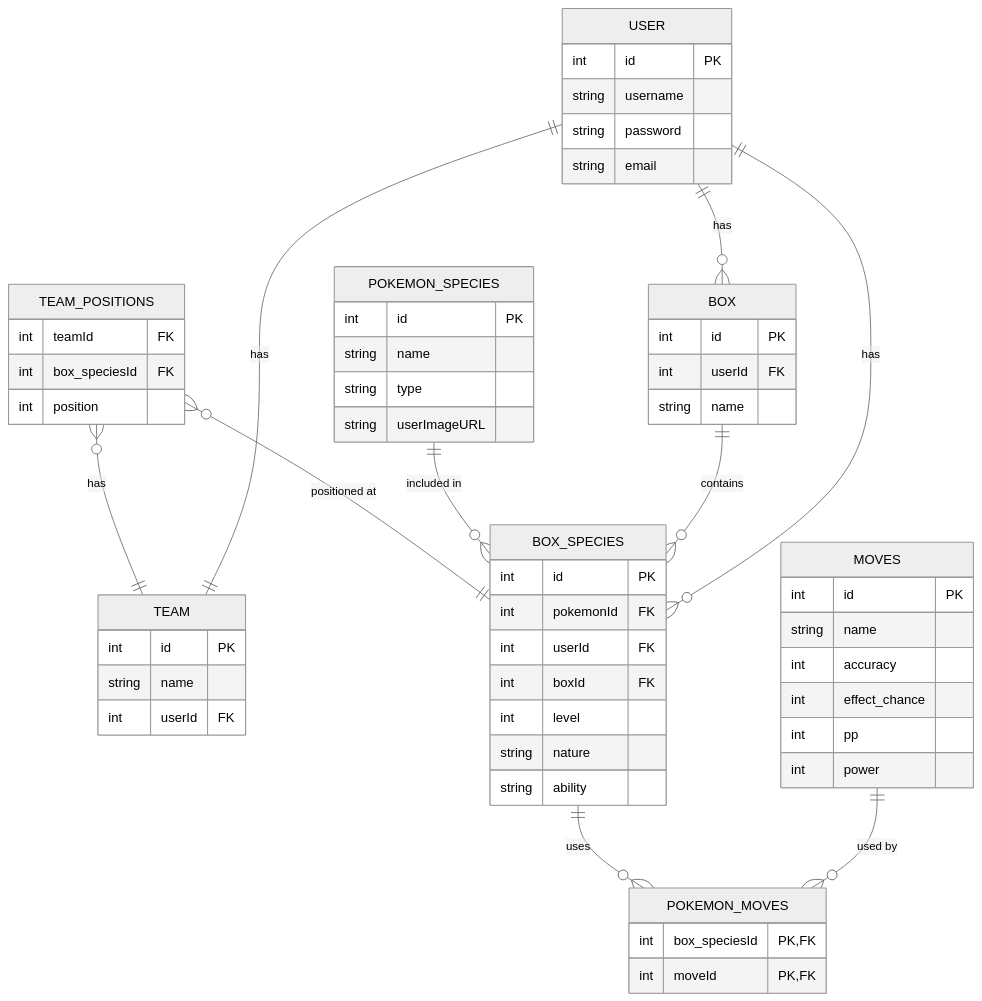
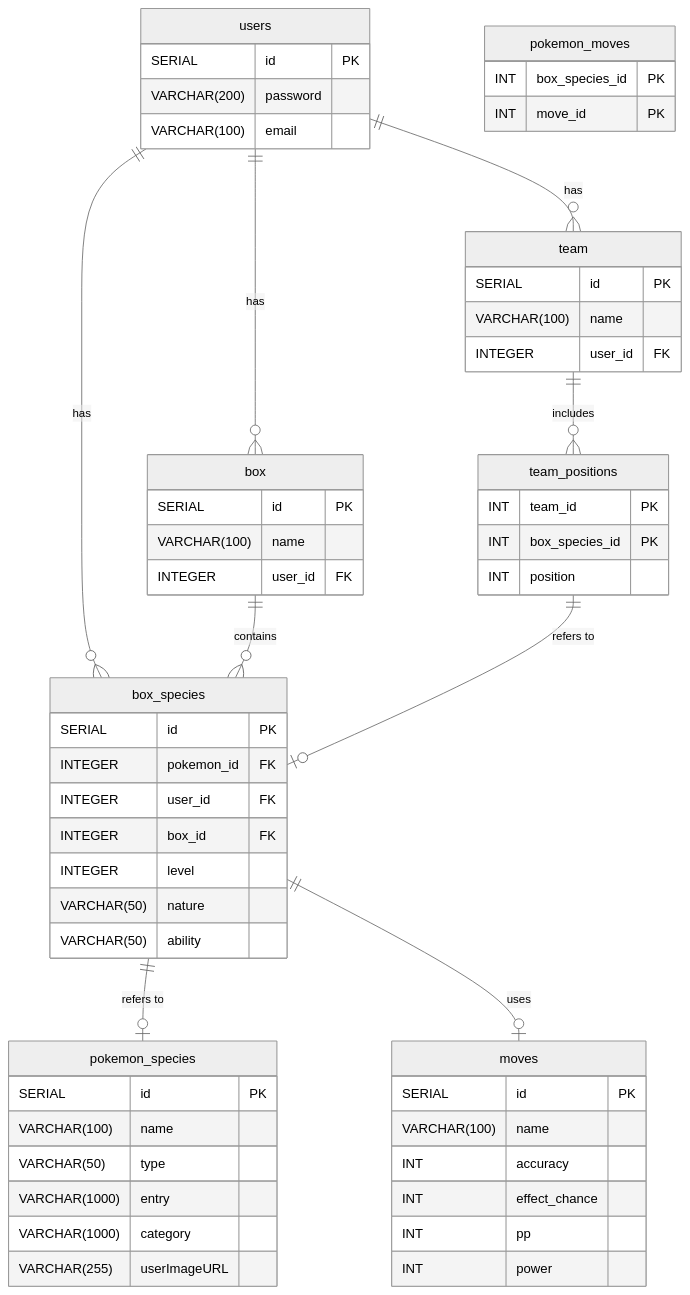
One commit to tjklint/PokePC changed the diagram in erd.mermaid. Above: the diagram before and after it, drawn with Mermaid (neutral theme).

```diff
--- a/erd.mermaid
+++ b/erd.mermaid
@@ -1,66 +1,66 @@
 erDiagram
-    USER ||--o{ BOX : "has"
-    TEAM_POSITIONS o{--|| TEAM: "has"
-    TEAM_POSITIONS o{--|| BOX_SPECIES: "positioned at"
-    USER||--|| TEAM:"has"
-    BOX_SPECIES ||--o{ POKEMON_MOVES : "uses"
-    MOVES ||--o{ POKEMON_MOVES : "used by"
-    POKEMON_SPECIES ||--o{ BOX_SPECIES : "included in"
-    BOX ||--o{ BOX_SPECIES : "contains"
-    USER ||--o{ BOX_SPECIES : "has"
-
-    USER {
-        int id PK
-        string username
-        string password
-        string email
+    users {
+        SERIAL id PK
+        VARCHAR(200) password
+        VARCHAR(100) email
     }
 
-    POKEMON_SPECIES {
-        int id PK
-        string name
-        string type
-        string userImageURL
+    pokemon_species {
+        SERIAL id PK
+        VARCHAR(100) name
+        VARCHAR(50) type
+        VARCHAR(1000) entry
+        VARCHAR(1000) category
+        VARCHAR(255) userImageURL
     }
 
-    BOX {
-        int id PK
-        int userId FK
-        string name
+    box {
+        SERIAL id PK
+        VARCHAR(100) name
+        INTEGER user_id FK
     }
 
-    BOX_SPECIES {
-        int id PK
-        int pokemonId FK
-        int userId FK
-        int boxId FK
-        int level
-        string nature
-        string ability
+    box_species {
+        SERIAL id PK
+        INTEGER pokemon_id FK
+        INTEGER user_id FK
+        INTEGER box_id FK
+        INTEGER level
+        VARCHAR(50) nature
+        VARCHAR(50) ability
     }
 
-    TEAM {
-        int id PK
-        string name
-        int userId FK
+    team {
+        SERIAL id PK
+        VARCHAR(100) name
+        INTEGER user_id FK
     }
 
-    TEAM_POSITIONS {
-        int teamId FK
-        int box_speciesId FK
-        int position
+    team_positions {
+        INT team_id PK
+        INT box_species_id PK
+        INT position
     }
 
-    MOVES {
-        int id PK
-        string name 
-        int accuracy
-        int effect_chance
-        int pp   
-        int power
+    moves {
+        SERIAL id PK
+        VARCHAR(100) name
+        INT accuracy
+        INT effect_chance
+        INT pp
+        INT power
     }
 
-    POKEMON_MOVES {
-        int box_speciesId PK, FK
-        int moveId PK, FK
+    pokemon_moves {
+        INT box_species_id PK
+        INT move_id PK
     }
+
+    users ||--o{ box : "has"
+    users ||--o{ team : "has"
+    users ||--o{ box_species : "has"
+    box ||--o{ box_species : "contains"
+    box_species ||--o| pokemon_species : "refers to"
+    box_species ||--o| moves : "uses"
+    team ||--o{ team_positions : "includes"
+    team_positions ||--o| box_species : "refers to"
```
